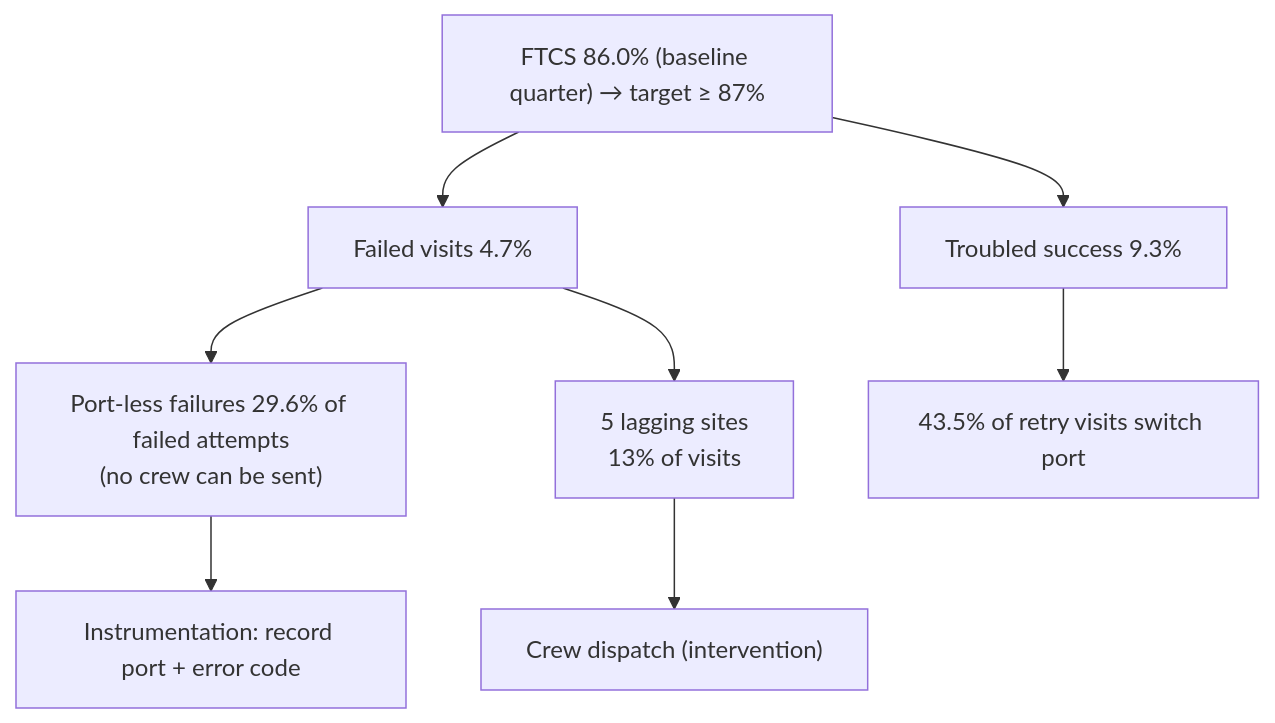
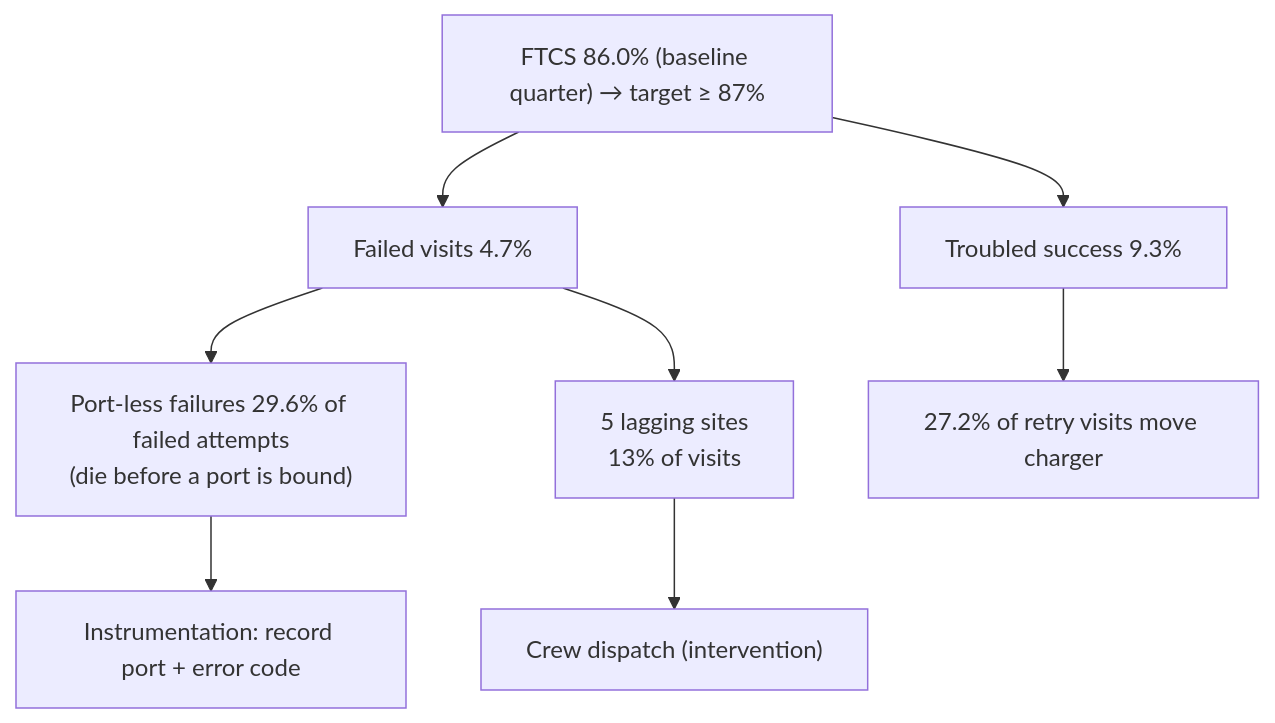
One commit to RatneshVaibhav/Voltra-Charging-Network changed the third of 3 diagrams in docs/data_model.md. Above: the diagram before and after it, drawn with Mermaid. The commit also changed other lines of this file and 18 other files, not shown here.

````diff
--- a/docs/data_model.md
+++ b/docs/data_model.md
@@ -102,10 +114,10 @@
 ```mermaid
 flowchart TD
   K["FTCS 86.0% (baseline quarter) → target ≥ 87%"] --> A["Failed visits 4.7%"]
   K --> B["Troubled success 9.3%"]
-  A --> C["Port-less failures 29.6% of failed attempts<br/>(no crew can be sent)"]
+  A --> C["Port-less failures 29.6% of failed attempts<br/>(die before a port is bound)"]
   A --> D["5 lagging sites<br/>13% of visits"]
-  B --> E["43.5% of retry visits switch port"]
+  B --> E["27.2% of retry visits move charger"]
   D --> F["Crew dispatch (intervention)"]
   C --> G["Instrumentation: record port + error code"]
 ```
````
